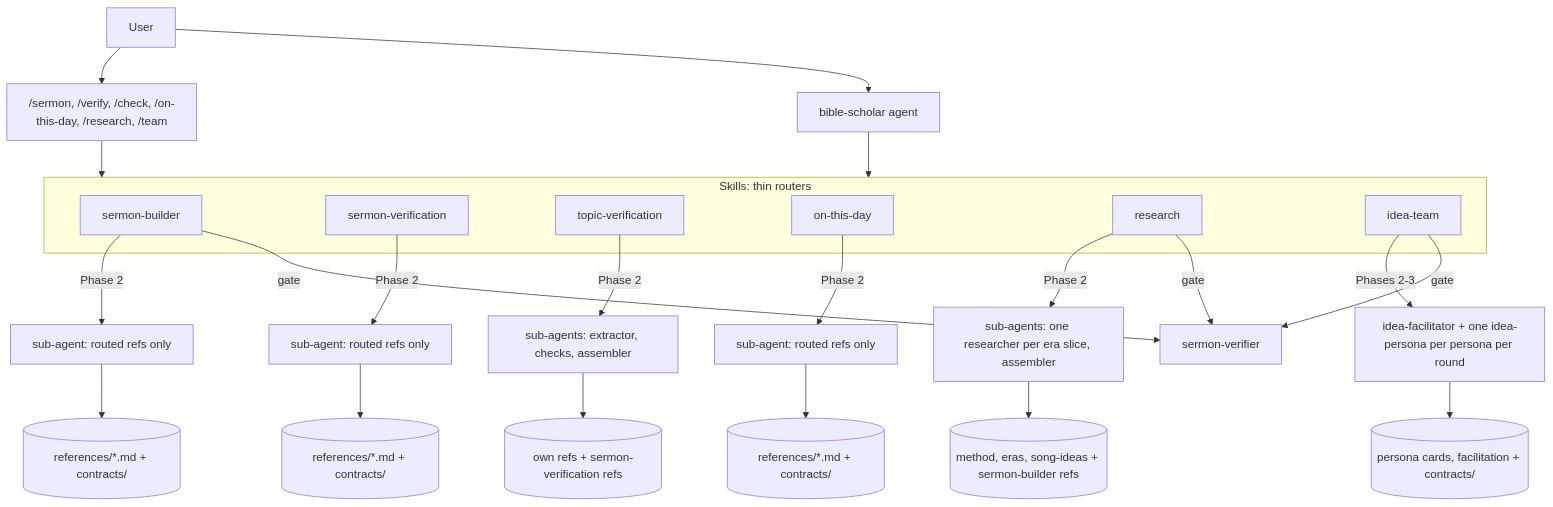
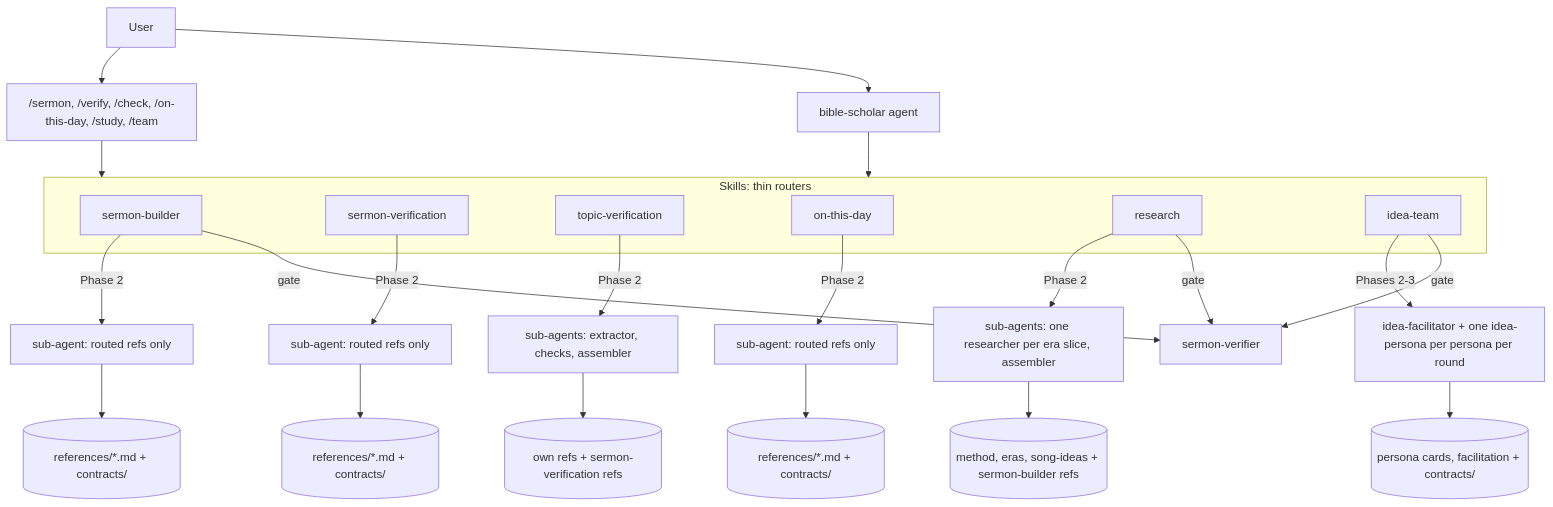
The first of 4 diagrams in bible-research/ARCHITECTURE.md (P47Phoenix/Claude-Plugins), drawn with Mermaid before and after one commit. The commit also changed other lines of this file and 5 other files, not shown here.

First line of the commit message:
fix(bible-research): rename /research command to /study; era pick makes no tool calls

````diff
--- a/bible-research/ARCHITECTURE.md
+++ b/bible-research/ARCHITECTURE.md
@@ -7,28 +7,28 @@
 ```mermaid
 flowchart TD
-    U[User] --> C["/sermon, /verify, /check, /on-this-day, /research, /team"]
+    U[User] --> C["/sermon, /verify, /check, /on-this-day, /study, /team"]
     U --> A[bible-scholar agent]
     C --> S
     A --> S
     subgraph S[Skills: thin routers]
         SB[sermon-builder]
         SV[sermon-verification]
         TV[topic-verification]
         OD[on-this-day]
         RS[research]
         IT[idea-team]
     end
     SB -->|Phase 2| SA1[sub-agent: routed refs only]
     SV -->|Phase 2| SA2[sub-agent: routed refs only]
     TV -->|Phase 2| SA3[sub-agents: extractor, checks, assembler]
     OD -->|Phase 2| SA4[sub-agent: routed refs only]
     RS -->|Phase 2| SA5[sub-agents: one researcher per era slice, assembler]
     IT -->|Phases 2-3| SA6[idea-facilitator + one idea-persona per persona per round]
     SA1 --> R1[(references/*.md + contracts/)]
     SA2 --> R2[(references/*.md + contracts/)]
     SA3 --> R3[(own refs + sermon-verification refs)]
     SA4 --> R4[(references/*.md + contracts/)]
     SA5 --> R5[(method, eras, song-ideas + sermon-builder refs)]
     SA6 --> R6[(persona cards, facilitation + contracts/)]
     SB & RS & IT -->|gate| V[sermon-verifier]
 ```
````
